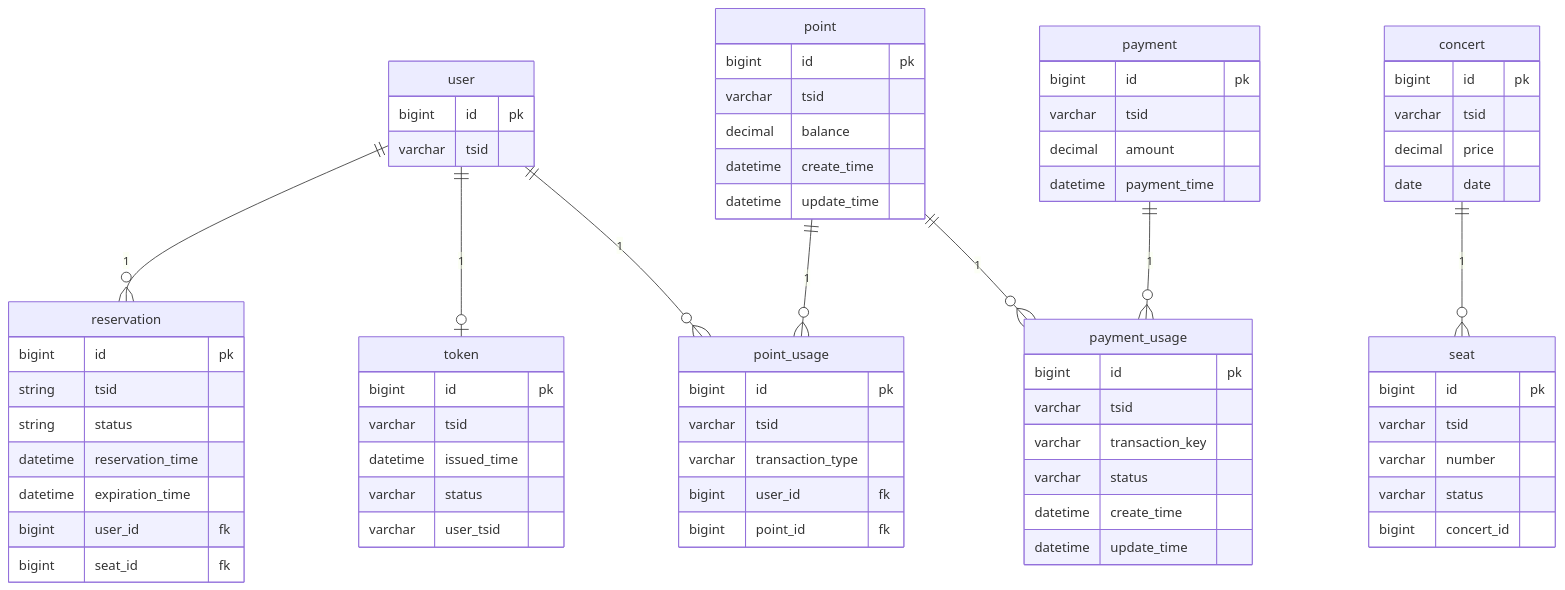
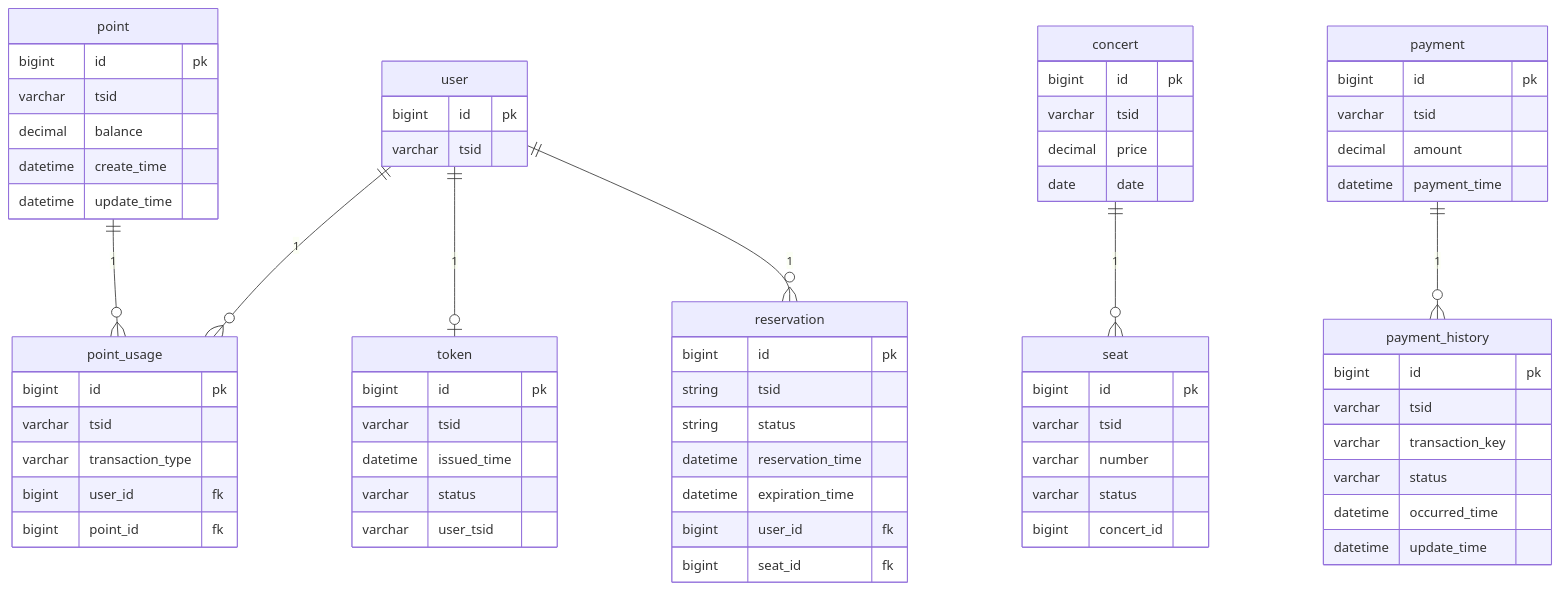
One commit to wanniDev/ticket changed the fourth of 4 diagrams in README.MD. Above: the diagram before and after it, drawn with Mermaid. The commit also changed other lines of this file and 19 other files, not shown here.

````diff
--- a/README.MD
+++ b/README.MD
@@ -376,76 +375,75 @@
 ```mermaid
 erDiagram
     user {
         bigint id pk
         varchar tsid
     }
     point {
       bigint id pk
       varchar tsid
       decimal balance
       datetime create_time
       datetime update_time
     }
     point_usage {
       bigint id pk
       varchar tsid
       varchar transaction_type
       bigint user_id fk
       bigint point_id fk
     }
     token {
         bigint id pk
         varchar tsid
         datetime issued_time
         varchar status
         varchar user_tsid
     }
     concert {
         bigint id pk
         varchar tsid
         decimal price
         date date
     }
     
     seat { 
         bigint id pk
         varchar tsid
         varchar number
         varchar status
         bigint concert_id
     }
 
     reservation {
         bigint id pk
         string tsid
         string status
         datetime reservation_time
         datetime expiration_time
         bigint user_id fk
         bigint seat_id fk
     }
     
     payment {
         bigint id pk
         varchar tsid
         decimal amount
         datetime payment_time
     }
     
-    payment_usage {
+    payment_history {
         bigint id pk
         varchar tsid
         varchar transaction_key
         varchar status
-        datetime create_time
+        datetime occurred_time
         datetime update_time
     }
     
     concert ||--o{ seat : "1"
-    point ||--o{ payment_usage : "1"
-    payment ||--o{ payment_usage : "1"
+    payment ||--o{ payment_history : "1"
     point ||--o{ point_usage : "1"
     user ||--o{ point_usage : "1"
     user ||--o| token : "1"
     user ||--o{ reservation : "1"
 ```
````
